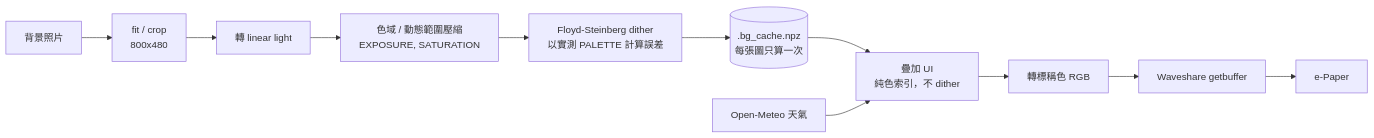
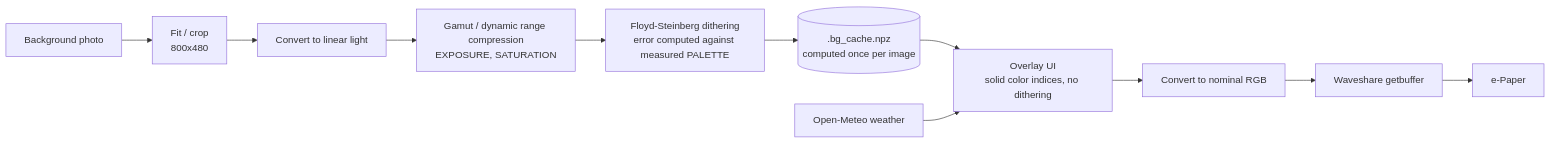
The second of 2 diagrams in README.md (crazylittleJ/epaper-weather-dashboard), drawn with Mermaid before and after one commit. The commit also changed other lines of this file and 1 other file, not shown here.

````diff
--- a/README.md
+++ b/README.md
@@ -351,13 +351,13 @@
 ```mermaid
 flowchart LR
-    P[背景照片] --> C[fit / crop<br/>800x480]
-    C --> L[轉 linear light]
-    L --> T[色域 / 動態範圍壓縮<br/>EXPOSURE, SATURATION]
-    T --> D[Floyd-Steinberg dither<br/>以實測 PALETTE 計算誤差]
-    D --> K[(.bg_cache.npz<br/>每張圖只算一次)]
-    K --> M[疊加 UI<br/>純色索引，不 dither]
-    W[Open-Meteo 天氣] --> M
-    M --> N[轉標稱色 RGB]
+    P[Background photo] --> C[Fit / crop<br/>800x480]
+    C --> L[Convert to linear light]
+    L --> T[Gamut / dynamic range compression<br/>EXPOSURE, SATURATION]
+    T --> D[Floyd-Steinberg dithering<br/>error computed against measured PALETTE]
+    D --> K[(.bg_cache.npz<br/>computed once per image)]
+    K --> M[Overlay UI<br/>solid color indices, no dithering]
+    W[Open-Meteo weather] --> M
+    M --> N[Convert to nominal RGB]
     N --> G[Waveshare getbuffer]
     G --> E[e-Paper]
 ```
````
